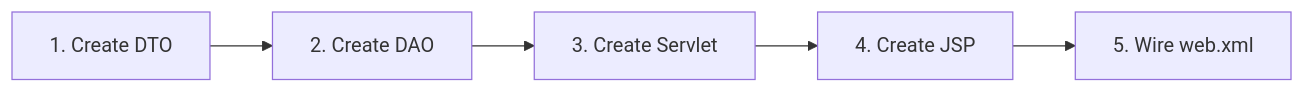
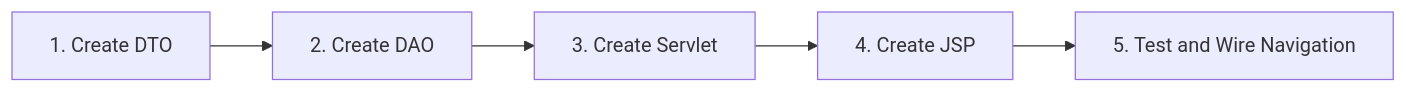
One commit to PhongTCT/PaymentTest changed the diagram in PRJ301/07_coding_guide.md. Above: the diagram before and after it, drawn with Mermaid. The commit also changed other lines of this file and 54 other files, not shown here.

````diff
--- a/PRJ301/07_coding_guide.md
+++ b/PRJ301/07_coding_guide.md
@@ -15,7 +24,7 @@
 ```mermaid
 flowchart LR
     A[1. Create DTO] --> B[2. Create DAO]
     B --> C[3. Create Servlet]
     C --> D[4. Create JSP]
-    D --> E[5. Wire web.xml]
+    D --> E[5. Test and Wire Navigation]
 ```
````
